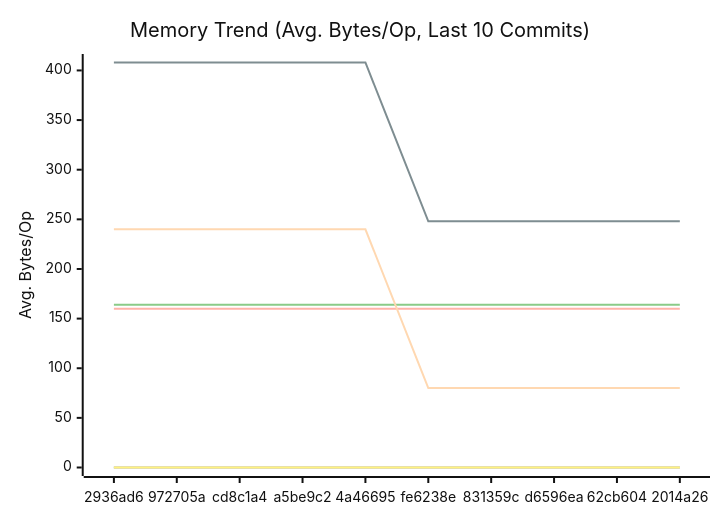
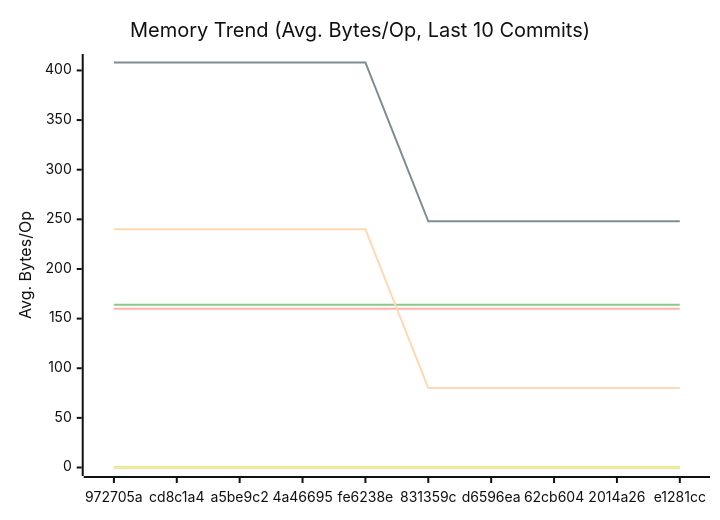
One commit to alsotoes/momo changed the second of 3 diagrams in docs/PERFORMANCE.md. Above: the diagram before and after it, drawn with Mermaid (neutral theme). The commit also changed other lines of this file and 2 other files, not shown here.

````diff
--- a/docs/PERFORMANCE.md
+++ b/docs/PERFORMANCE.md
@@ -97,16 +97,16 @@
 ```mermaid
 xychart-beta
     title "Memory Trend (Avg. Bytes/Op, Last 10 Commits)"
     x-axis "Commit"
     y-axis "Avg. Bytes/Op"
-    x-axis [2936ad6,972705a,cd8c1a4,a5be9c2,4a46695,fe6238e,831359c,d6596ea,62cb604,2014a26]
+    x-axis [972705a,cd8c1a4,a5be9c2,4a46695,fe6238e,831359c,d6596ea,62cb604,2014a26,e1281cc]
     line "CheckMetricsAndSwap" [0,0,0,0,0,0,0,0,0,0]
     line "CrushOptimized" [0,0,0,0,0,0,0,0,0,0]
     line "CrushOriginal" [164,164,164,164,164,164,164,164,164,164]
     line "IndexDirectTracking" [0,0,0,0,0,0,0,0,0,0]
     line "IndexSearch" [0,0,0,0,0,0,0,0,0,0]
     line "LoadGlobalConfig" [160,160,160,160,160,160,160,160,160,160]
     line "PadString" [0,0,0,0,0,0,0,0,0,0]
     line "ParseReplicationOrder_NoPrealloc" [408,408,408,408,408,248,248,248,248,248]
     line "ParseReplicationOrder_Prealloc" [240,240,240,240,240,80,80,80,80,80]
 ```
````
